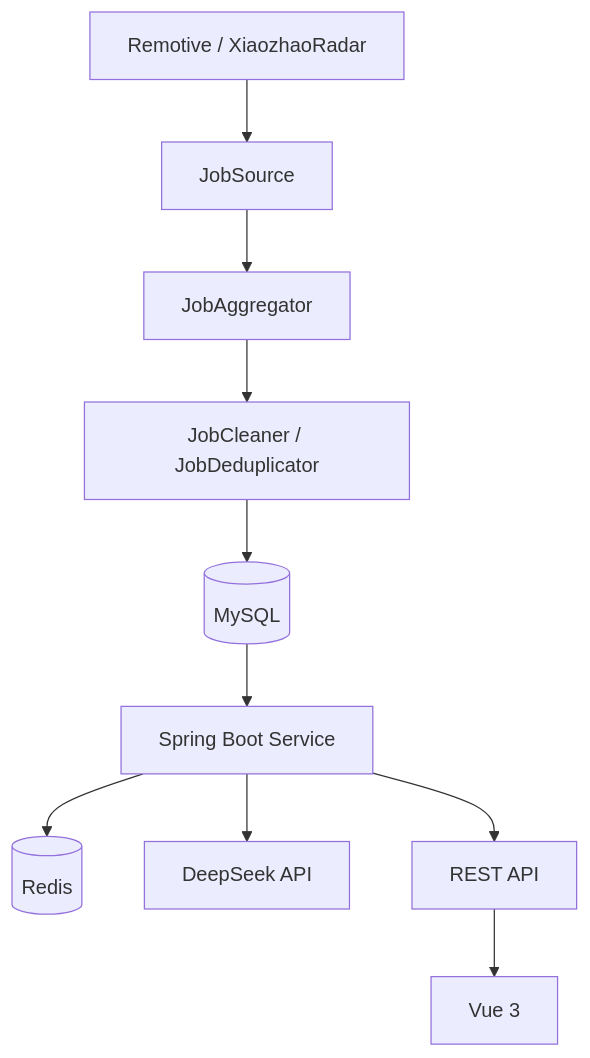
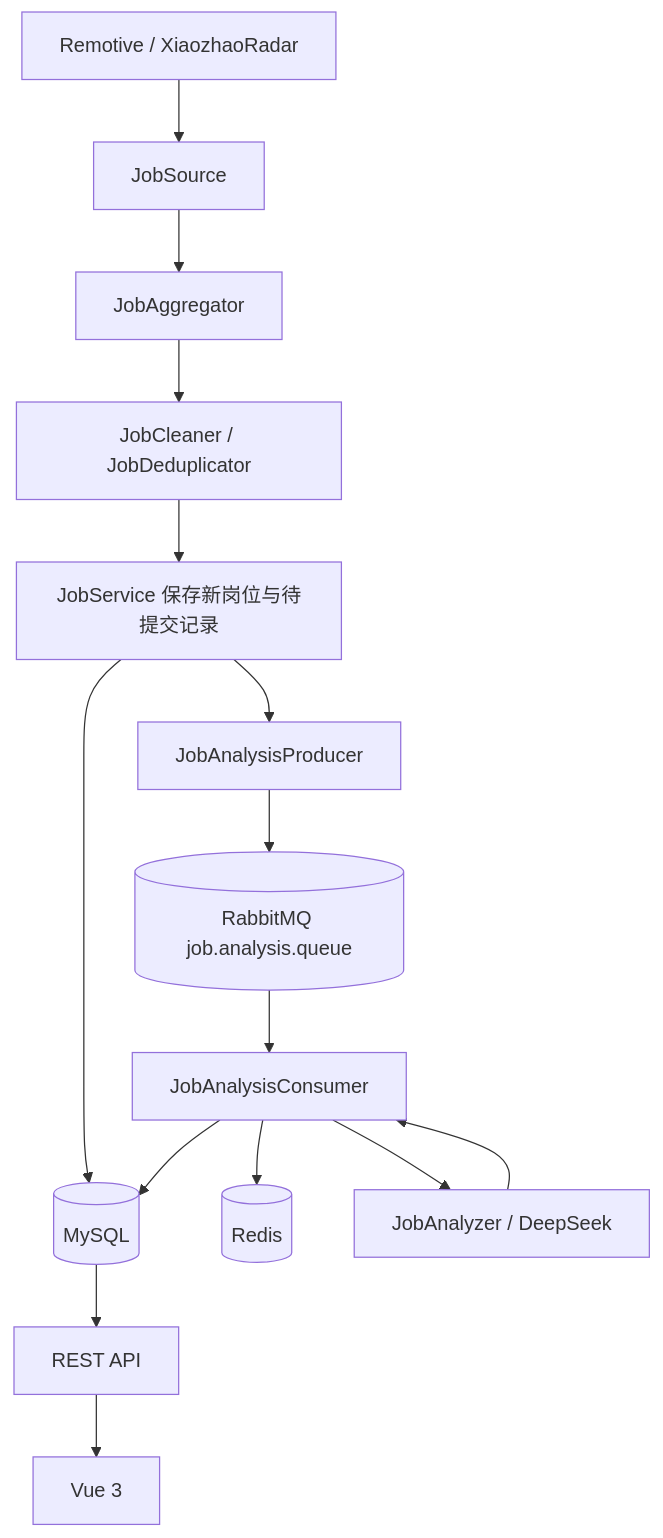
One commit to black-jing/JobRadar changed the diagram in README.md. Above: the diagram before and after it, drawn with Mermaid. The commit also changed other lines of this file and 6 other files, not shown here.

````diff
--- a/README.md
+++ b/README.md
@@ -36,12 +37,17 @@
 ```mermaid
 flowchart TD
     A[Remotive / XiaozhaoRadar] --> B[JobSource]
     B --> C[JobAggregator]
     C --> D[JobCleaner / JobDeduplicator]
-    D --> E[(MySQL)]
-    E --> F[Spring Boot Service]
-    F --> G[(Redis)]
-    F --> H[DeepSeek API]
-    F --> I[REST API]
-    I --> J[Vue 3]
+    D --> E[JobService 保存新岗位与待提交记录]
+    E --> F[(MySQL)]
+    E --> G[JobAnalysisProducer]
+    G --> H[(RabbitMQ job.analysis.queue)]
+    H --> I[JobAnalysisConsumer]
+    I --> F
+    I --> J[(Redis)]
+    I --> K[JobAnalyzer / DeepSeek]
+    K --> I
+    F --> L[REST API]
+    L --> M[Vue 3]
 ```
````
